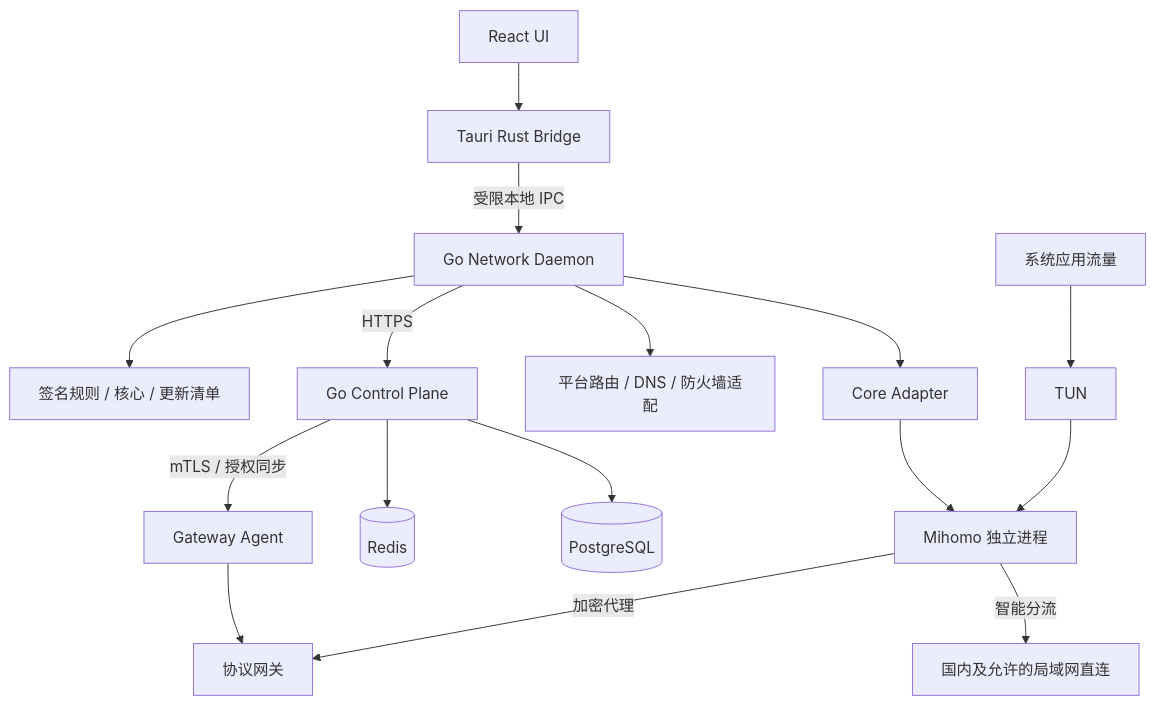
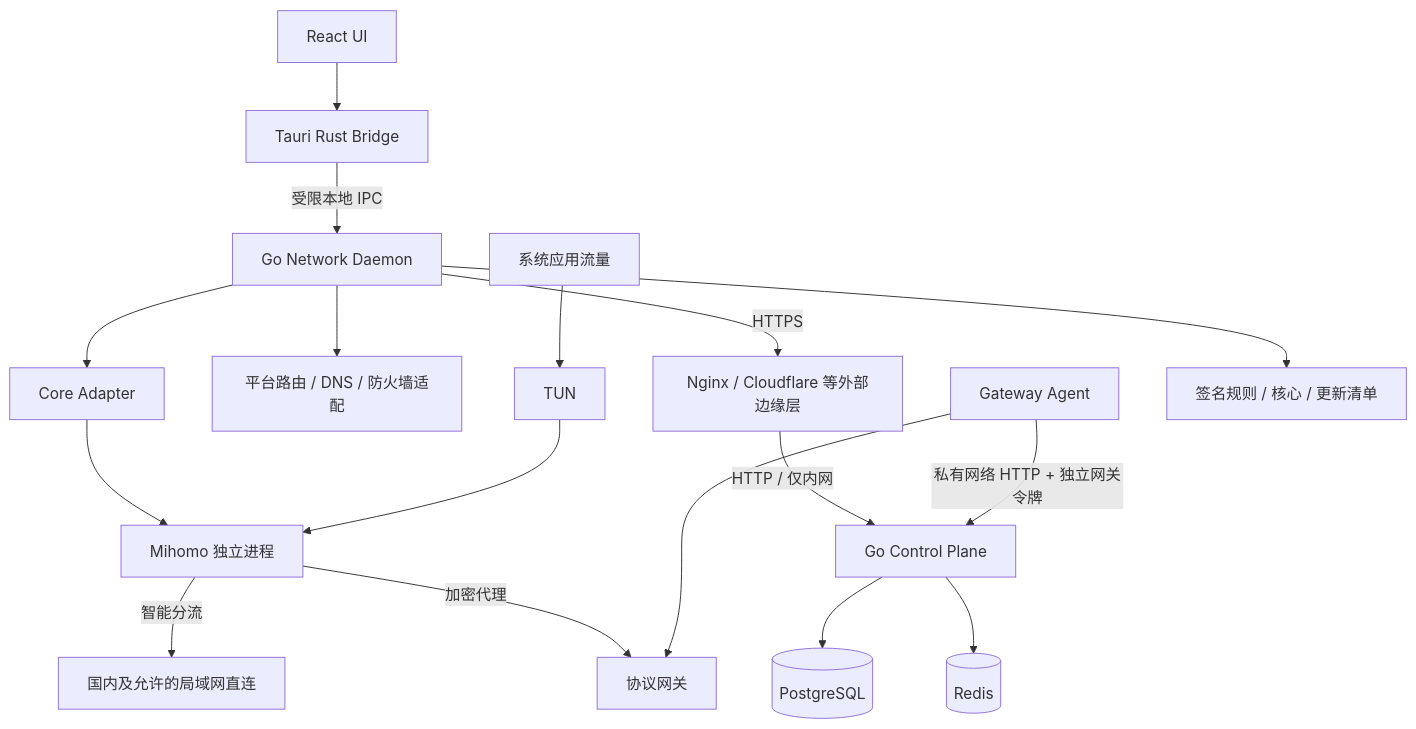
The diagram in TECHNICAL_DESIGN.md (dannyxweb3/lightflow), drawn with Mermaid before and after one commit. The commit also changed other lines of this file and 44 other files, not shown here.

Commit message:
feat: add VPN control plane and admin console

````diff
--- a/TECHNICAL_DESIGN.md
+++ b/TECHNICAL_DESIGN.md
@@ -22,18 +22,19 @@
 ```mermaid
 flowchart TB
     UI[React UI] --> Bridge[Tauri Rust Bridge]
     Bridge -->|受限本地 IPC| Daemon[Go Network Daemon]
     Daemon --> Adapter[Core Adapter]
     Adapter --> Core[Mihomo 独立进程]
     Daemon --> Platform[平台路由 / DNS / 防火墙适配]
     Traffic[系统应用流量] --> TUN[TUN]
     TUN --> Core
     Core -->|智能分流| Direct[国内及允许的局域网直连]
     Core -->|加密代理| Gateway[协议网关]
-    Daemon -->|HTTPS| CP[Go Control Plane]
+    Daemon -->|HTTPS| Edge[Nginx / Cloudflare 等外部边缘层]
+    Edge -->|HTTP / 仅内网| CP[Go Control Plane]
     CP --> PG[(PostgreSQL)]
     CP --> Redis[(Redis)]
-    CP -->|mTLS / 授权同步| Agent[Gateway Agent]
+    Agent[Gateway Agent] -->|私有网络 HTTP + 独立网关令牌| CP
     Agent --> Gateway
     Daemon --> CDN[签名规则 / 核心 / 更新清单]
 ```
````
